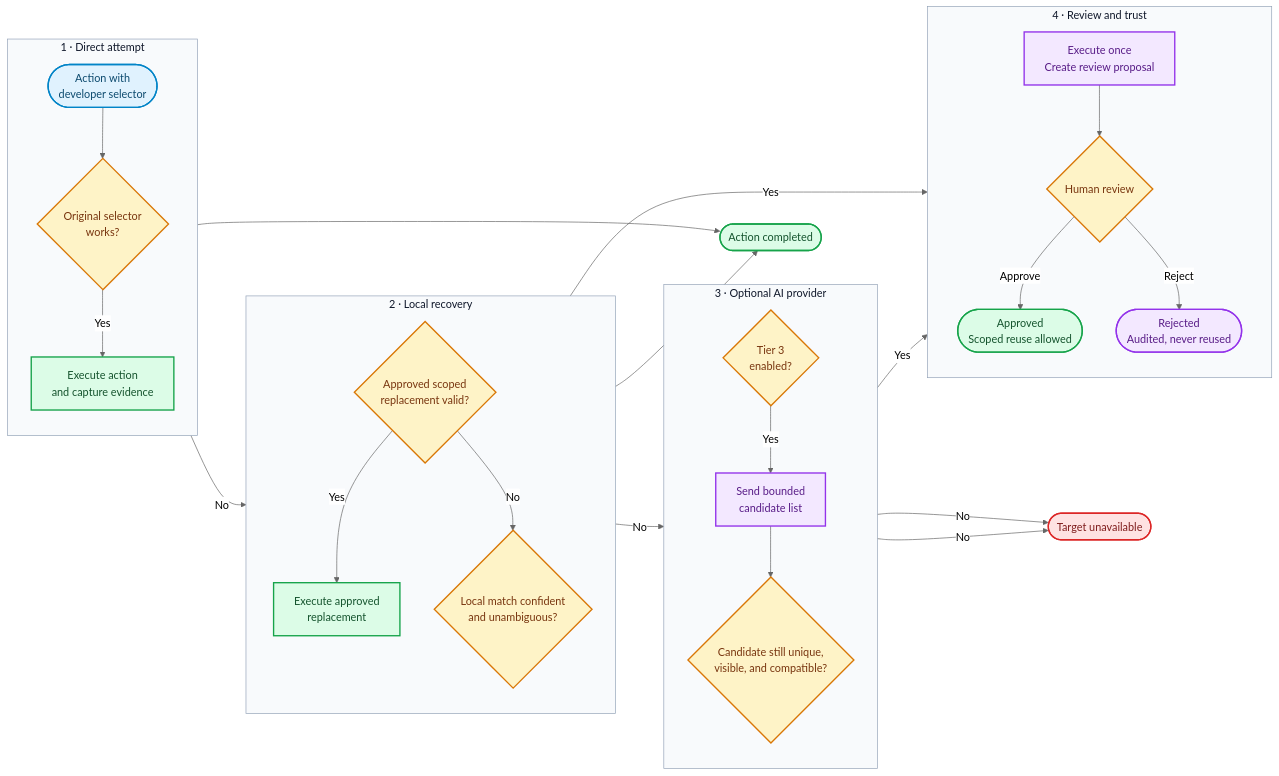
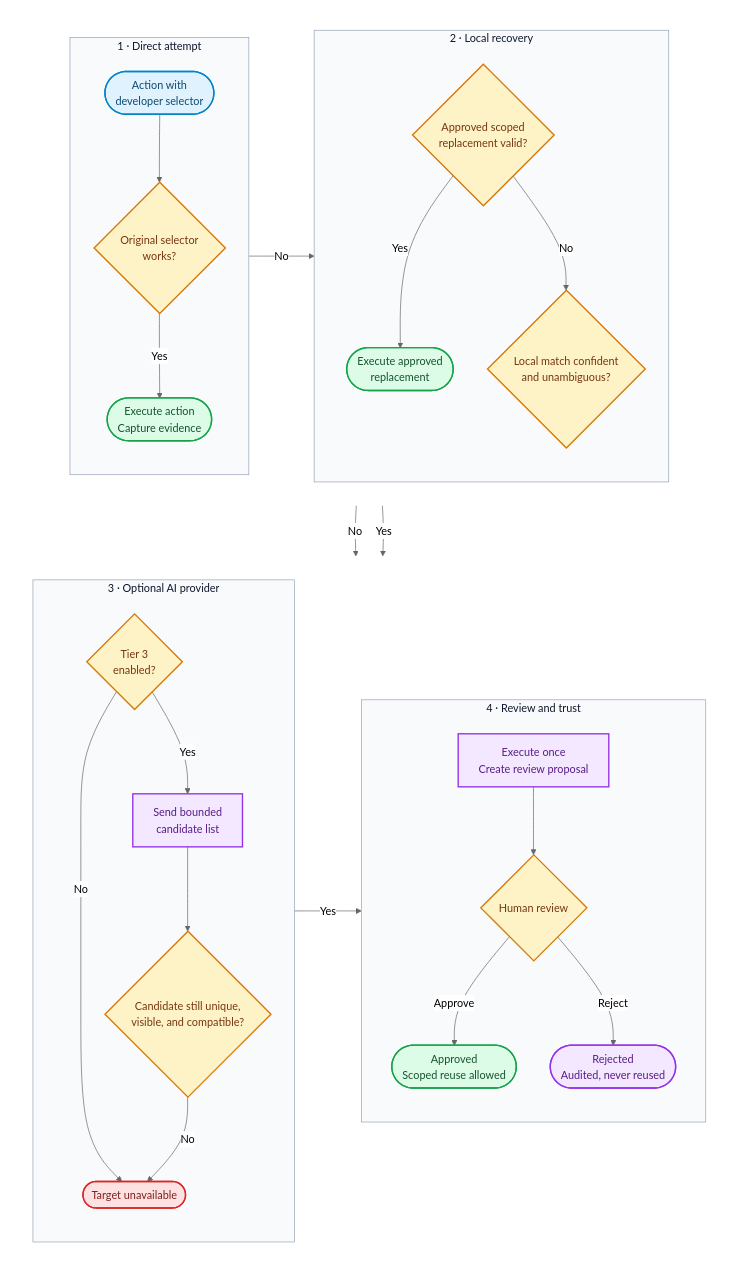
One commit to eddieir/Falcon-Automation changed the second of 2 diagrams in docs/ARCHITECTURE.md. Above: the diagram before and after it, drawn with Mermaid (neutral theme).

Commit message:
docs: make locator recovery figure readable at page scale

````diff
--- a/docs/ARCHITECTURE.md
+++ b/docs/ARCHITECTURE.md
@@ -64,69 +64,75 @@
 ```mermaid
-flowchart LR
-    subgraph Direct["1 · Direct attempt"]
-        direction TB
-        Start(["Action with<br/>developer selector"])
-        Retry{"Original selector<br/>works?"}
-        Execute["Execute action<br/>and capture evidence"]
-        Start --> Retry
-        Retry -- "Yes" --> Execute
+flowchart TB
+    subgraph TopRow[" "]
+        direction LR
+
+        subgraph Direct["1 · Direct attempt"]
+            direction TB
+            Start(["Action with<br/>developer selector"])
+            Retry{"Original selector<br/>works?"}
+            Execute(["Execute action<br/>Capture evidence"])
+            Start --> Retry
+            Retry -- "Yes" --> Execute
+        end
+
+        subgraph Local["2 · Local recovery"]
+            direction TB
+            Approved{"Approved scoped<br/>replacement valid?"}
+            Replay(["Execute approved<br/>replacement"])
+            Match{"Local match confident<br/>and unambiguous?"}
+            Approved -- "Yes" --> Replay
+            Approved -- "No" --> Match
+        end
     end
 
-    subgraph Local["2 · Local recovery"]
-        direction TB
-        Approved{"Approved scoped<br/>replacement valid?"}
-        Replay["Execute approved<br/>replacement"]
-        Match{"Local match confident<br/>and unambiguous?"}
-        Approved -- "Yes" --> Replay
-        Approved -- "No" --> Match
+    subgraph BottomRow[" "]
+        direction LR
+
+        subgraph Provider["3 · Optional AI provider"]
+            direction TB
+            Enabled{"Tier 3<br/>enabled?"}
+            Request["Send bounded<br/>candidate list"]
+            Verify{"Candidate still unique,<br/>visible, and compatible?"}
+            Failed(["Target unavailable"])
+            Enabled -- "Yes" --> Request
+            Enabled -- "No" --> Failed
+            Request --> Verify
+            Verify -- "No" --> Failed
+        end
+
+        subgraph Governance["4 · Review and trust"]
+            direction TB
+            Proposal["Execute once<br/>Create review proposal"]
+            Decision{"Human review"}
+            Trusted(["Approved<br/>Scoped reuse allowed"])
+            Rejected(["Rejected<br/>Audited, never reused"])
+            Proposal --> Decision
+            Decision -- "Approve" --> Trusted
+            Decision -- "Reject" --> Rejected
+        end
     end
 
-    subgraph Provider["3 · Optional AI provider"]
-        direction TB
-        Enabled{"Tier 3<br/>enabled?"}
-        Request["Send bounded<br/>candidate list"]
-        Verify{"Candidate still unique,<br/>visible, and compatible?"}
-        Enabled -- "Yes" --> Request
-        Request --> Verify
-    end
-
-    subgraph Governance["4 · Review and trust"]
-        direction TB
-        Proposal["Execute once<br/>Create review proposal"]
-        Decision{"Human review"}
-        Trusted(["Approved<br/>Scoped reuse allowed"])
-        Rejected(["Rejected<br/>Audited, never reused"])
-        Proposal --> Decision
-        Decision -- "Approve" --> Trusted
-        Decision -- "Reject" --> Rejected
-    end
-
-    Complete(["Action completed"])
-    Failed(["Target unavailable"])
-
     Retry -- "No" --> Approved
+    Match -- "No" --> Enabled
     Match -- "Yes" --> Proposal
-    Match -- "No" --> Enabled
-    Enabled -- "No" --> Failed
     Verify -- "Yes" --> Proposal
-    Verify -- "No" --> Failed
-    Execute --> Complete
-    Replay --> Complete
 
     classDef entry fill:#e0f2fe,stroke:#0284c7,color:#0c4a6e,stroke-width:2px
     classDef decision fill:#fef3c7,stroke:#d97706,color:#78350f,stroke-width:2px
-    classDef action fill:#dcfce7,stroke:#16a34a,color:#14532d,stroke-width:2px
+    classDef success fill:#dcfce7,stroke:#16a34a,color:#14532d,stroke-width:2px
     classDef review fill:#f3e8ff,stroke:#9333ea,color:#581c87,stroke-width:2px
     classDef failure fill:#fee2e2,stroke:#dc2626,color:#7f1d1d,stroke-width:2px
 
     class Start entry
     class Retry,Approved,Match,Enabled,Verify,Decision decision
-    class Execute,Replay,Complete,Trusted action
+    class Execute,Replay,Trusted success
     class Request,Proposal,Rejected review
     class Failed failure
 
+    style TopRow fill:transparent,stroke:transparent
+    style BottomRow fill:transparent,stroke:transparent
     style Direct fill:#f8fafc,stroke:#94a3b8,color:#0f172a
     style Local fill:#f8fafc,stroke:#94a3b8,color:#0f172a
     style Provider fill:#f8fafc,stroke:#94a3b8,color:#0f172a
     style Governance fill:#f8fafc,stroke:#94a3b8,color:#0f172a
 ```
````
